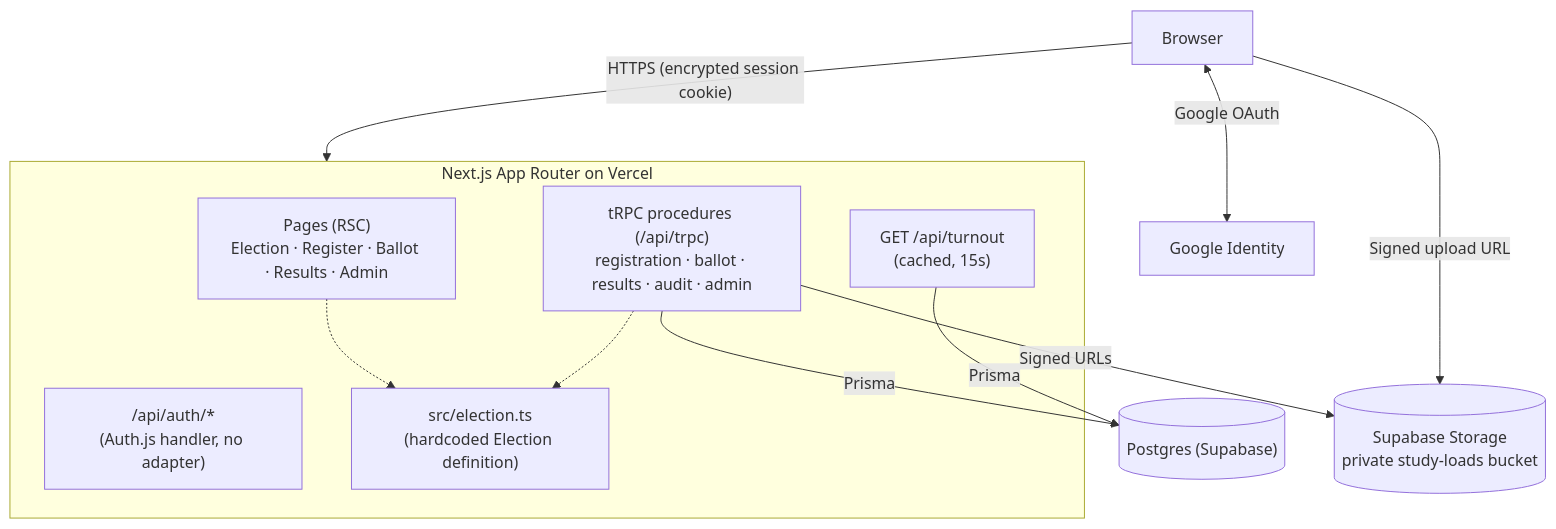
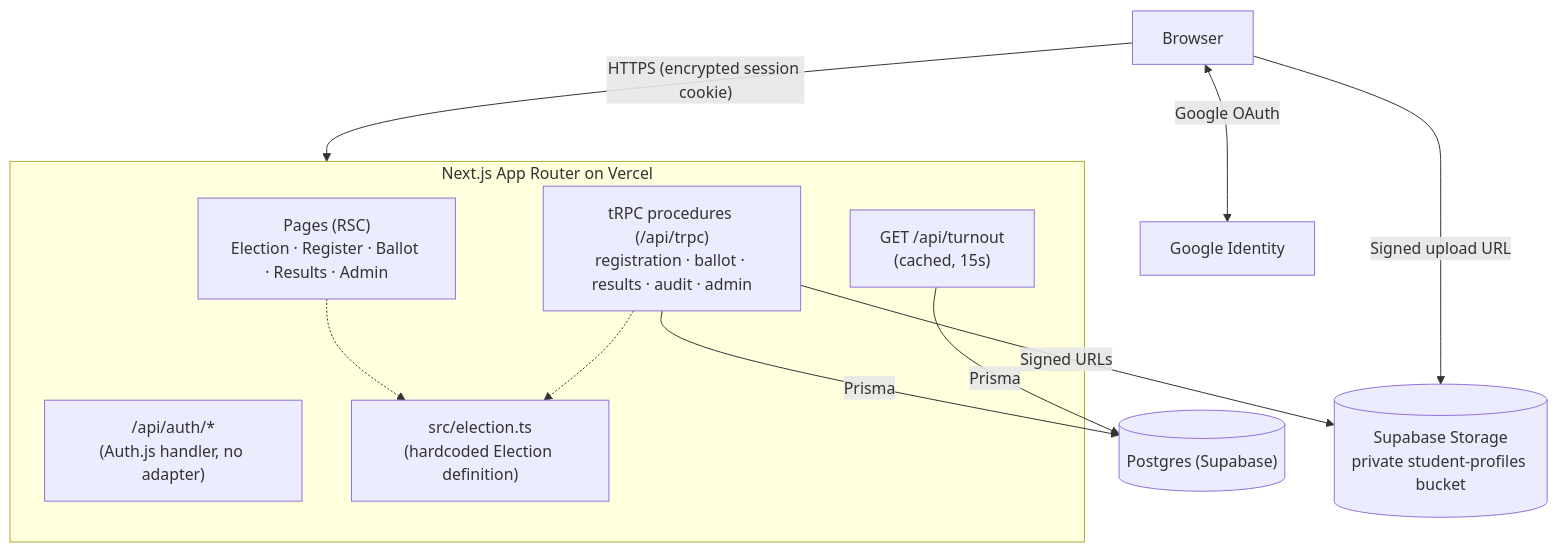
One commit to todayscarolinian/comelec-elections changed the diagram in docs/software-design.md. Above: the diagram before and after it, drawn with Mermaid. The commit also changed other lines of this file and 8 other files, not shown here.

````diff
--- a/docs/software-design.md
+++ b/docs/software-design.md
@@ -13,25 +13,25 @@
 ```mermaid
 flowchart TB
     Browser["Browser"]
     Google["Google Identity"]
 
     subgraph App["Next.js App Router on Vercel"]
         Pages["Pages (RSC)<br/>Election · Register · Ballot · Results · Admin"]
         Actions["tRPC procedures (/api/trpc)<br/>registration · ballot · results · audit · admin"]
         Turnout["GET /api/turnout<br/>(cached, 15s)"]
         Auth["/api/auth/*<br/>(Auth.js handler, no adapter)"]
         Config["src/election.ts<br/>(hardcoded Election definition)"]
     end
 
     DB[("Postgres (Supabase)")]
-    Storage[("Supabase Storage<br/>private study-loads bucket")]
+    Storage[("Supabase Storage<br/>private student-profiles bucket")]
 
     Browser <-->|Google OAuth| Google
     Browser -->|"HTTPS (encrypted session cookie)"| App
     Browser -->|"Signed upload URL"| Storage
     Actions -->|Prisma| DB
     Actions -->|"Signed URLs"| Storage
     Turnout -->|Prisma| DB
     Pages -.-> Config
     Actions -.-> Config
 ```
````
